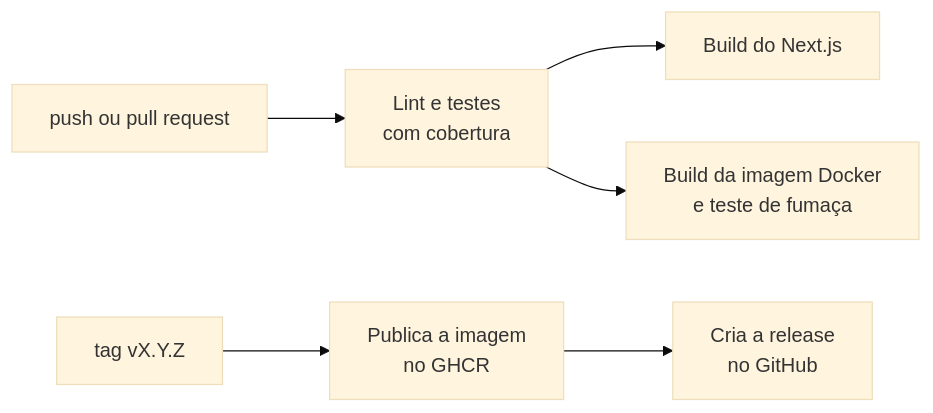
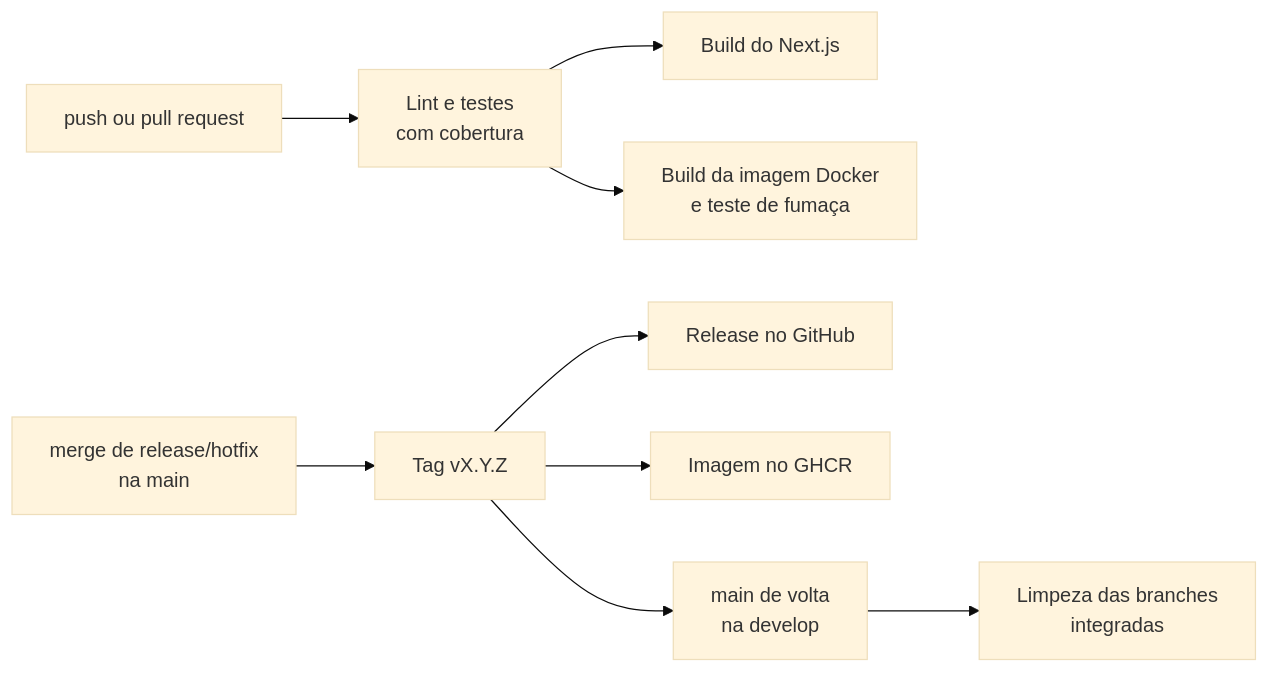
The diagram in README.md (Dracon-46/PI_Agiw_Fatec), drawn with Mermaid (base theme) before and after one commit. The commit also changed other lines of this file and 5 other files, not shown here.

First line of the commit message:
Automatiza tags, releases e limpeza de branches na main

````diff
--- a/README.md
+++ b/README.md
@@ -181,8 +181,11 @@
 ```mermaid
 flowchart LR
     A[push ou pull request] --> B[Lint e testes<br/>com cobertura]
     B --> C[Build do Next.js]
     B --> D[Build da imagem Docker<br/>e teste de fumaça]
-    E[tag vX.Y.Z] --> F[Publica a imagem<br/>no GHCR]
-    F --> G[Cria a release<br/>no GitHub]
+    E[merge de release/hotfix<br/>na main] --> F[Tag vX.Y.Z]
+    F --> G[Release no GitHub]
+    F --> H[Imagem no GHCR]
+    F --> I[main de volta<br/>na develop]
+    I --> J[Limpeza das branches<br/>integradas]
 ```
````
